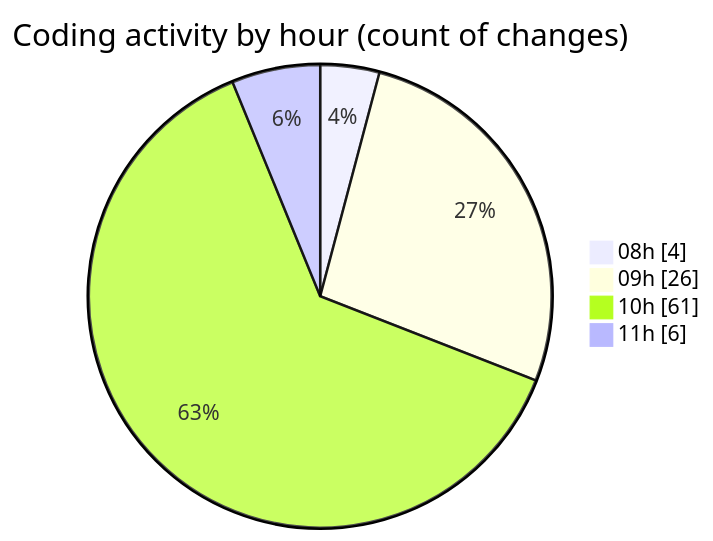
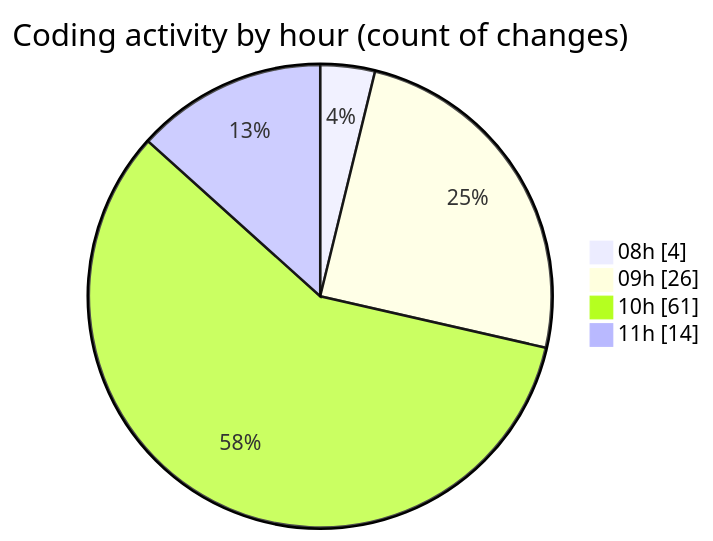
One commit to becaeroporto-bot/code-tracking changed the second of 2 diagrams in 2026-02-19/bot_v1_2/README.md. Above: the diagram before and after it, drawn with Mermaid. The commit also changed other lines of this file and 1 other file, not shown here.

````diff
--- a/2026-02-19/bot_v1_2/README.md
+++ b/2026-02-19/bot_v1_2/README.md
@@ -37,8 +37,8 @@
 ```mermaid
 pie showData
 title Coding activity by hour (count of changes)
 "08h" : 4
 "09h" : 26
 "10h" : 61
-"11h" : 6
+"11h" : 14
 ```
````
